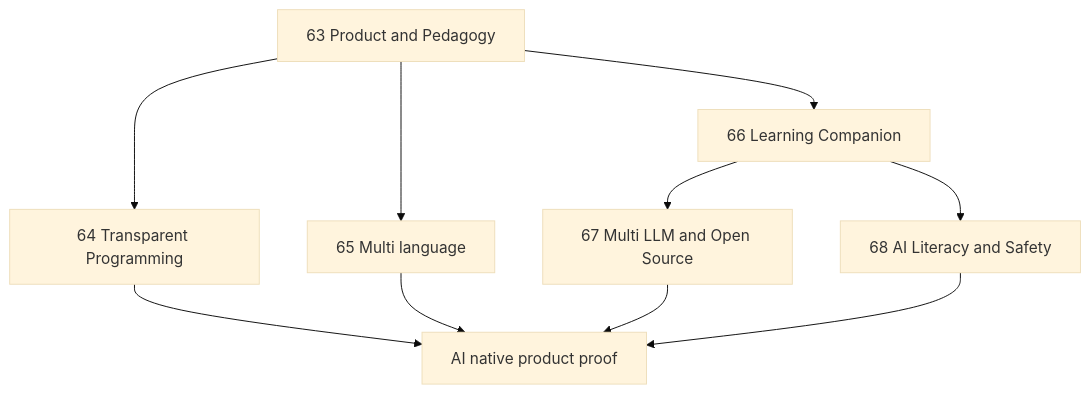
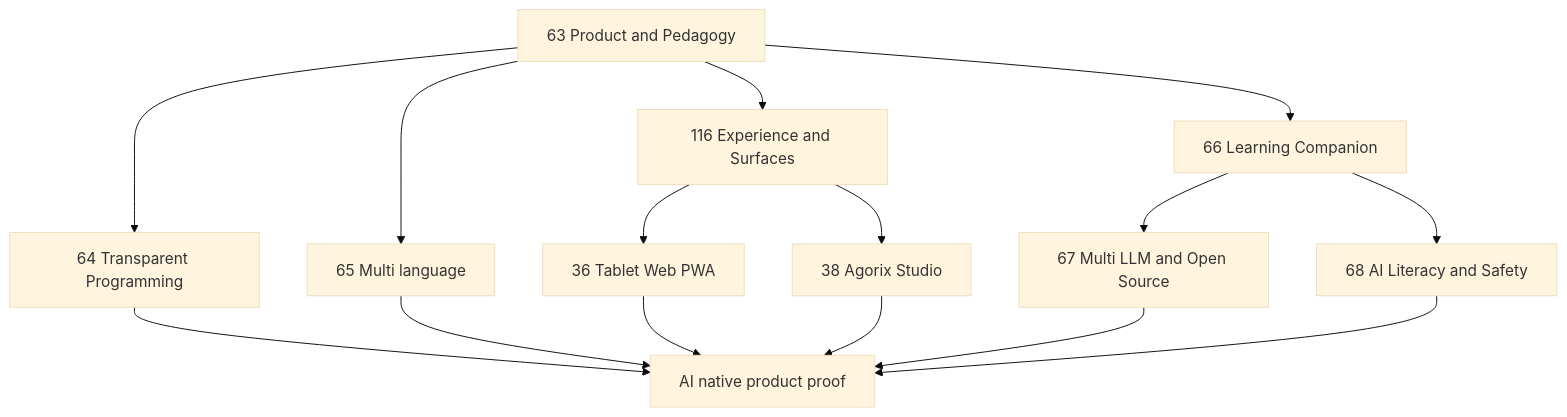
Before and after one commit to Modern-Ash/agorix: diagram 19 of 21 in README.md, drawn with Mermaid (base theme). The commit also changed other lines of this file, not shown here.

Commit message:
docs: describe tablet-first and Studio UX architecture

````diff
--- a/README.md
+++ b/README.md
@@ -634,12 +794,17 @@
 ```mermaid
 flowchart TD
-    E63[63 Product and Pedagogy] --> E64[64 Transparent Programming]
+    E63[63 Product and Pedagogy] --> E116[116 Experience and Surfaces]
+    E63 --> E64[64 Transparent Programming]
     E63 --> E65[65 Multi language]
     E63 --> E66[66 Learning Companion]
     E66 --> E67[67 Multi LLM and Open Source]
     E66 --> E68[68 AI Literacy and Safety]
+    E116 --> WEB[36 Tablet Web PWA]
+    E116 --> STUDIO[38 Agorix Studio]
     E64 --> PROOF[AI native product proof]
     E65 --> PROOF
+    WEB --> PROOF
+    STUDIO --> PROOF
     E67 --> PROOF
     E68 --> PROOF
 ```
````
